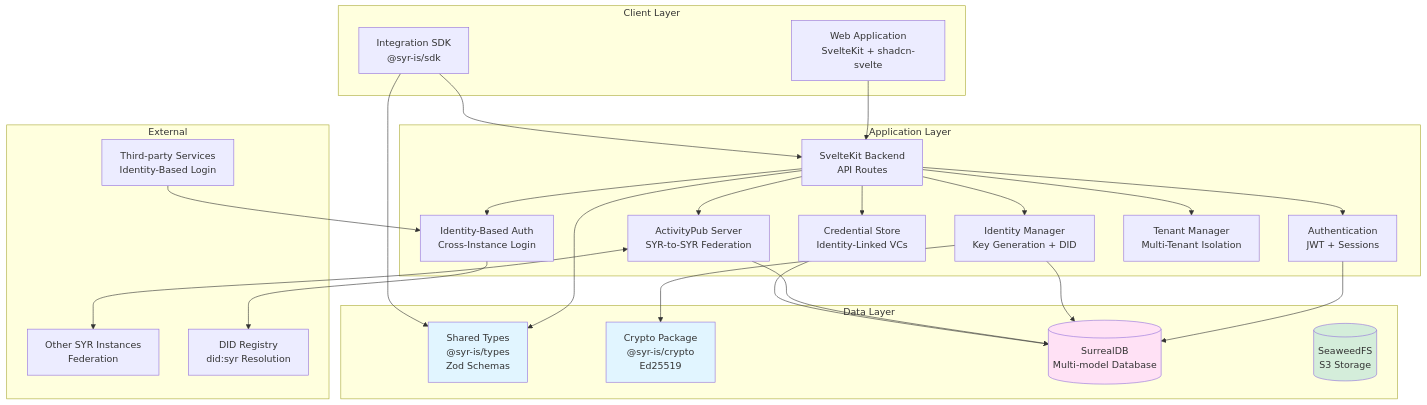
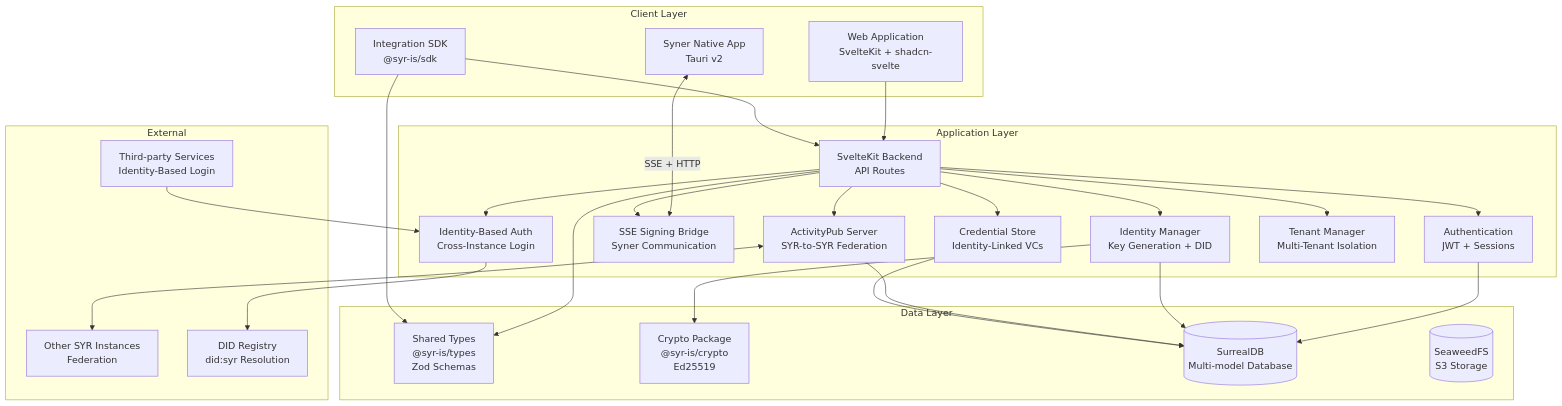
One commit to syr-is/syr changed the first of 19 diagrams in Architecture.md. Above: the diagram before and after it, drawn with Mermaid. The commit also changed other lines of this file and 149 other files, not shown here.

````diff
--- a/Architecture.md
+++ b/Architecture.md
@@ -16,57 +16,56 @@
 ```mermaid
 graph TB
     subgraph "Client Layer"
         Web[Web Application<br/>SvelteKit + shadcn-svelte]
+        Syner[Syner Native App<br/>Tauri v2]
         SDK[Integration SDK<br/>@syr-is/sdk]
     end
 
     subgraph "Application Layer"
         API[SvelteKit Backend<br/>API Routes]
         Auth[Authentication<br/>JWT + Sessions]
         IDM[Identity Manager<br/>Key Generation + DID]
+        SSEBridge[SSE Signing Bridge<br/>Syner Communication]
         AP[ActivityPub Server<br/>SYR-to-SYR Federation]
         VC[Credential Store<br/>Identity-Linked VCs]
         IDA[Identity-Based Auth<br/>Cross-Instance Login]
         TM[Tenant Manager<br/>Multi-Tenant Isolation]
     end
 
     subgraph "Data Layer"
         Types[Shared Types<br/>@syr-is/types<br/>Zod Schemas]
         Crypto[Crypto Package<br/>@syr-is/crypto<br/>Ed25519]
         DB[(SurrealDB<br/>Multi-model Database)]
         S3[(SeaweedFS<br/>S3 Storage)]
     end
 
     subgraph "External"
         SYR2[Other SYR Instances<br/>Federation]
         Services[Third-party Services<br/>Identity-Based Login]
         Registry[DID Registry<br/>did:syr Resolution]
     end
 
     Web --> API
+    Syner <-->|"SSE + HTTP"| SSEBridge
     SDK --> API
     API --> Auth
     API --> IDM
+    API --> SSEBridge
     API --> AP
     API --> VC
     API --> IDA
     API --> TM
 
     Auth --> DB
     IDM --> DB
     IDM --> Crypto
     AP --> DB
     VC --> DB
     IDA --> Registry
 
     API --> Types
     SDK --> Types
 
     AP <--> SYR2
     Services --> IDA
-
-    style Types fill:#e1f5ff
-    style Crypto fill:#e1f5ff
-    style DB fill:#ffe1f5
-    style S3 fill:#d4edda
 ```
````
